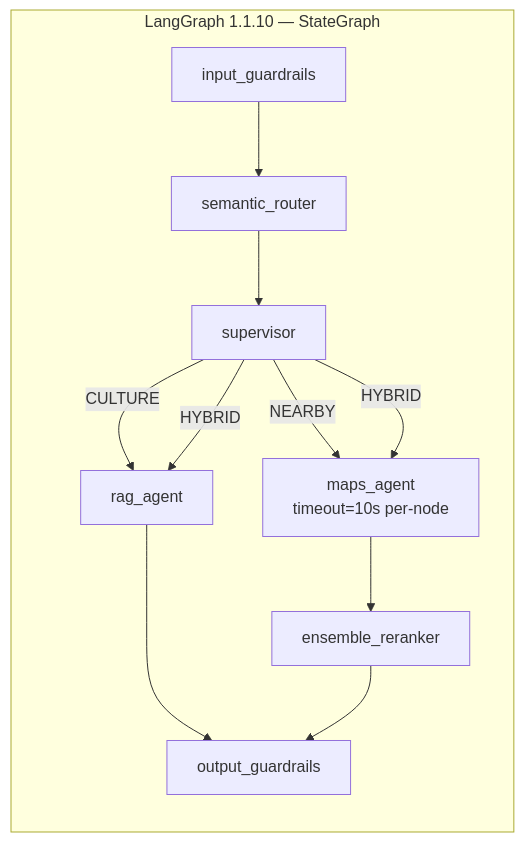
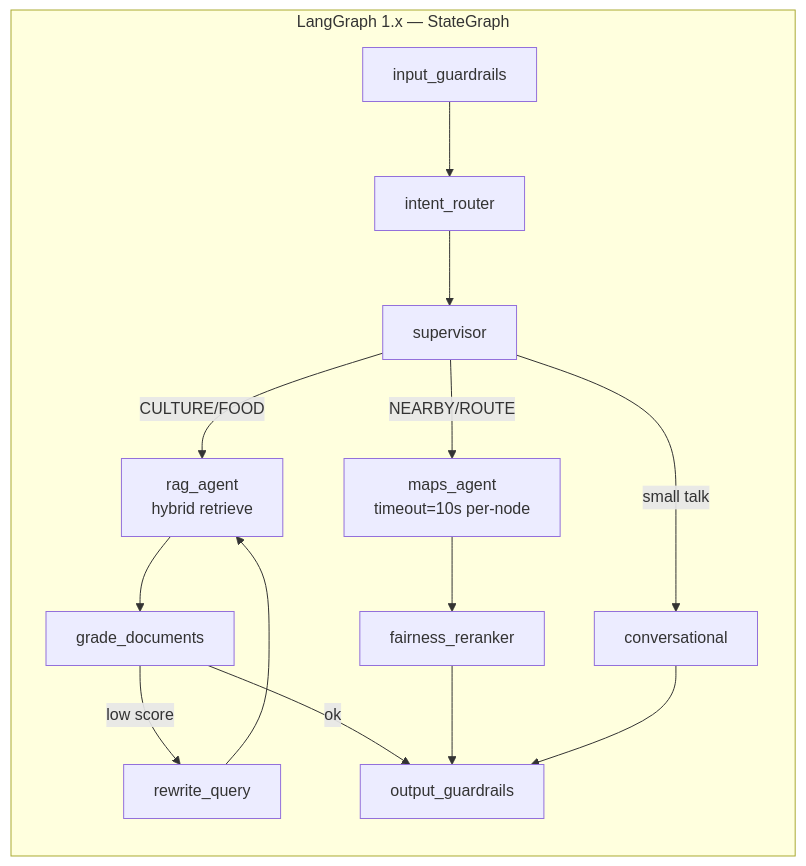
Before and after one commit to thanhnndev/citd-hk1-project: the third of 9 diagrams in docs/REQUIREMENTS.md, drawn with Mermaid. The commit also changed other lines of this file, not shown here.

````diff
--- a/docs/REQUIREMENTS.md
+++ b/docs/REQUIREMENTS.md
@@ -393,21 +430,24 @@
 ```mermaid
 flowchart LR
-    subgraph Graph["LangGraph 1.1.10 — StateGraph"]
+    subgraph Graph["LangGraph 1.x — StateGraph"]
         direction TB
         N1["input_guardrails"]
-        N2["semantic_router"]
+        N2["intent_router"]
         N3["supervisor"]
-        N4["rag_agent"]
+        N4["rag_agent\nhybrid retrieve"]
+        N4b["grade_documents"]
+        N4c["rewrite_query"]
         N5["maps_agent\ntimeout=10s per-node"]
-        N6["ensemble_reranker"]
+        N6["fairness_reranker"]
         N7["output_guardrails"]
+        N8["conversational"]
     end
 
     N1 --> N2 --> N3
-    N3 -->|CULTURE| N4
-    N3 -->|NEARBY| N5
-    N3 -->|HYBRID| N4
-    N3 -->|HYBRID| N5
-    N4 --> N7
-    N5 --> N6 --> N7
+    N3 -->|CULTURE/FOOD| N4
+    N4 --> N4b
+    N4b -->|low score| N4c --> N4
+    N4b -->|ok| N7
+    N3 -->|NEARBY/ROUTE| N5 --> N6 --> N7
+    N3 -->|small talk| N8 --> N7
 ```
````
